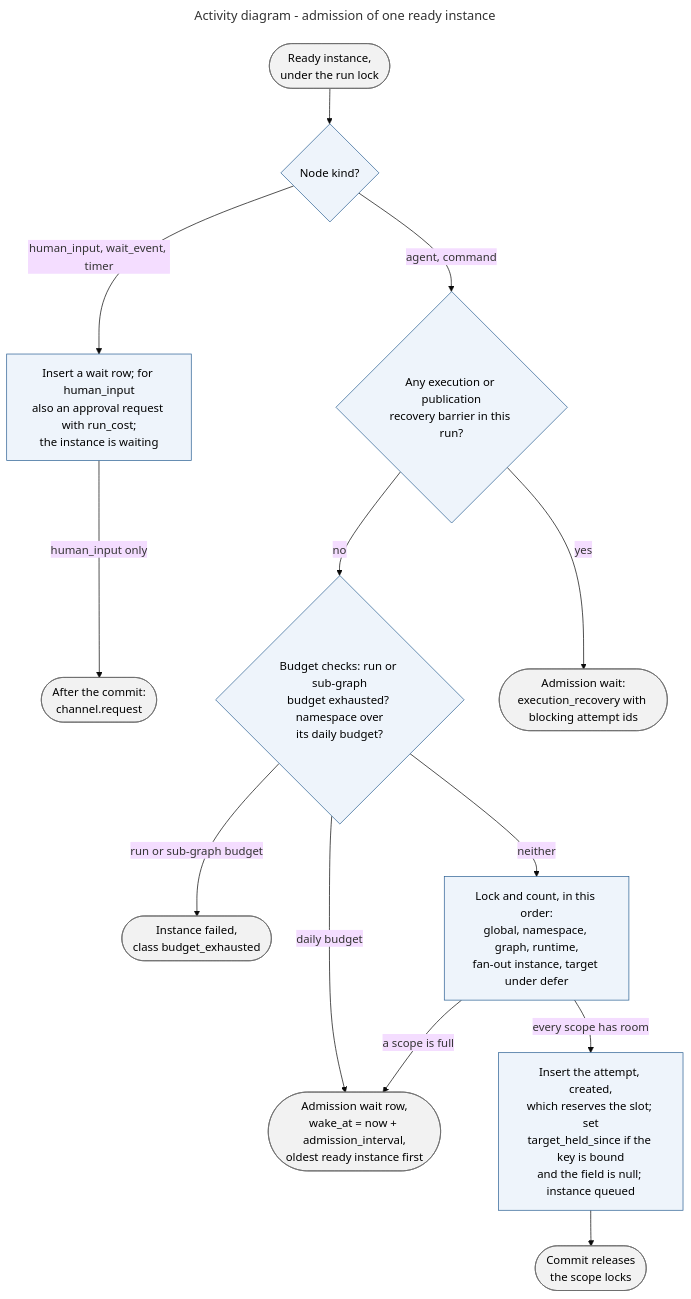
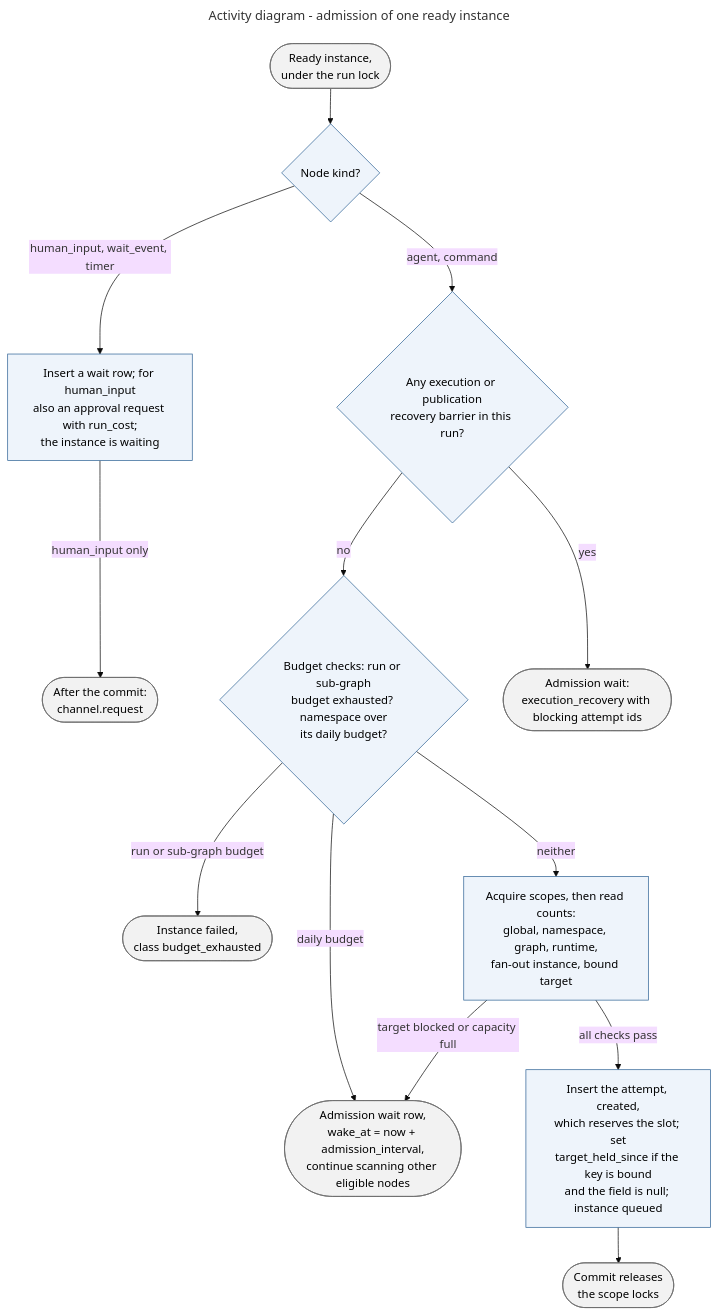
One commit to klukashka/kora changed diagram 21 of 24 in knowledge/architecture/internals.md. Above: the diagram before and after it, drawn with Mermaid (base theme). The commit also changed other lines of this file and 14 other files, not shown here.

First line of the commit message:
docs: separate run acceptance from execution capacity (#62)

````diff
--- a/knowledge/architecture/internals.md
+++ b/knowledge/architecture/internals.md
@@ -1220,36 +1220,36 @@
 ```mermaid
 ---
 title: Activity diagram - admission of one ready instance
 ---
 flowchart TB
   accTitle: Admission of one ready instance
-  accDescr: Admission takes a ready instance under the run lock. A waiting kind gets a wait row, a human_input node also gets an approval request with the run's cost, and its channel is asked after the commit. An agent or command instance waits with execution_recovery while any old attempt in the run has unresolved execution/publication. Otherwise it fails with budget_exhausted when its run or sub-graph budget is exhausted and gets an admission wait while its namespace is over its daily budget. Otherwise six scopes are locked and counted in a fixed order: global, namespace, graph, runtime, fan-out instance and target. A full scope gives an admission wait, oldest instance first, the first wait behind a target holder writes run.target_deferred. When every scope has room, the attempt is inserted created, which reserves the slot, the target hold is set when the key is bound, and the instance becomes queued. The commit releases the scope locks.
+  accDescr: Admission takes a ready instance under the run lock. A waiting kind gets a wait row, a human_input node also gets an approval request with the run's cost, and its channel is asked after the commit. An agent or command instance waits with execution_recovery while any old attempt in the run has unresolved execution/publication. Otherwise it fails with budget_exhausted when its run or sub-graph budget is exhausted and gets an admission wait while its namespace is over its daily budget. Otherwise six scopes are locked and counted in a fixed order: global, namespace, graph, runtime, fan-out instance and target. Target/recovery blockers take priority over generic concurrency reasons. A blocked candidate gets an admission wait and the scan continues to later eligible instances in stable node ID order; the first wait behind a target holder writes run.target_deferred. When every scope has room, the attempt is inserted created, which reserves attempt capacity and one distinct-run slot if it is the first physical attempt, the target hold is set when the key is bound, and the instance becomes queued. The commit releases the scope locks.
   classDef step fill:#EEF4FB,stroke:#2E6295,color:#000000
   classDef stop fill:#F2F2F2,stroke:#6B6B6B,color:#000000
 
   start(["Ready instance,<br/>under the run lock"]):::stop
   kind{"Node kind?"}:::step
   waitrow["Insert a wait row; for human_input<br/>also an approval request with run_cost;<br/>the instance is waiting"]:::step
   ask(["After the commit:<br/>channel.request"]):::stop
   budgets{"Budget checks: run or sub-graph<br/>budget exhausted? namespace over<br/>its daily budget?"}:::step
   fail(["Instance failed,<br/>class budget_exhausted"]):::stop
-  scopes["Lock and count, in this order:<br/>global, namespace, graph, runtime,<br/>fan-out instance, target under defer"]:::step
-  admwait(["Admission wait row,<br/>wake_at = now + admission_interval,<br/>oldest ready instance first"]):::stop
+  scopes["Acquire scopes, then read counts:<br/>global, namespace, graph, runtime,<br/>fan-out instance, bound target"]:::step
+  admwait(["Admission wait row,<br/>wake_at = now + admission_interval,<br/>continue scanning other eligible nodes"]):::stop
   insert["Insert the attempt, created,<br/>which reserves the slot; set<br/>target_held_since if the key is bound<br/>and the field is null; instance queued"]:::step
   commit(["Commit releases<br/>the scope locks"]):::stop
 
   start --> kind
   kind -->|"human_input, wait_event, timer"| waitrow
   waitrow -->|"human_input only"| ask
   recovery{"Any execution or publication<br/>recovery barrier in this run?"}:::step
   recoverywait(["Admission wait:<br/>execution_recovery with blocking attempt ids"]):::stop
   kind -->|"agent, command"| recovery
   recovery -->|"yes"| recoverywait
   recovery -->|"no"| budgets
   budgets -->|"run or sub-graph budget"| fail
   budgets -->|"daily budget"| admwait
   budgets -->|"neither"| scopes
-  scopes -->|"a scope is full"| admwait
-  scopes -->|"every scope has room"| insert
+  scopes -->|"target blocked or capacity full"| admwait
+  scopes -->|"all checks pass"| insert
   insert --> commit
 ```
````
